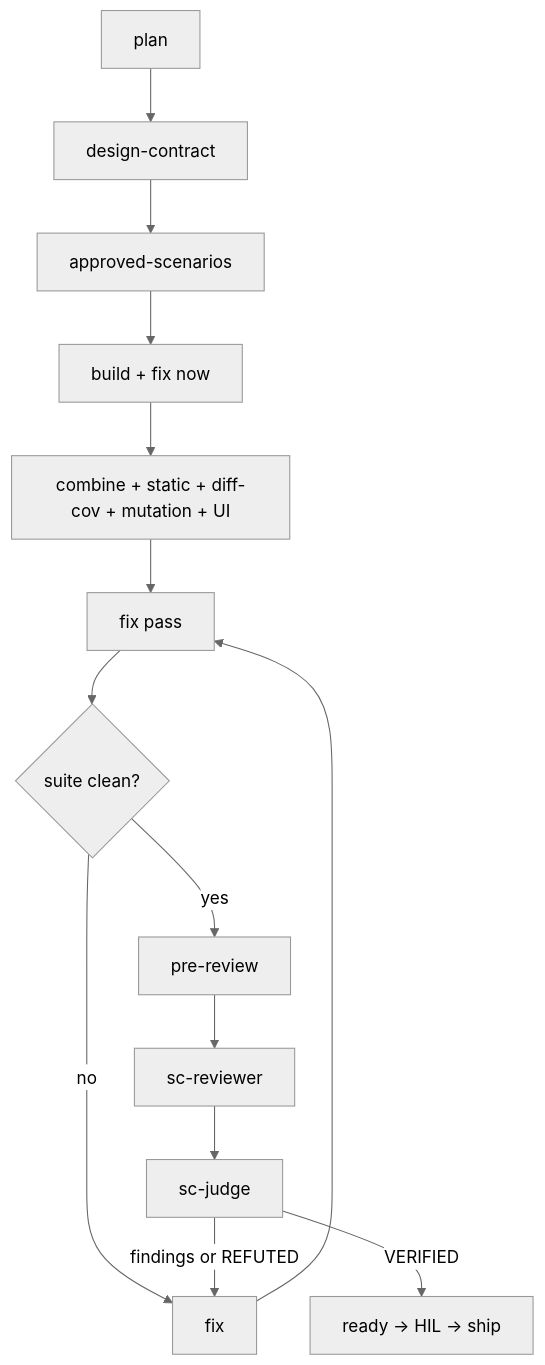
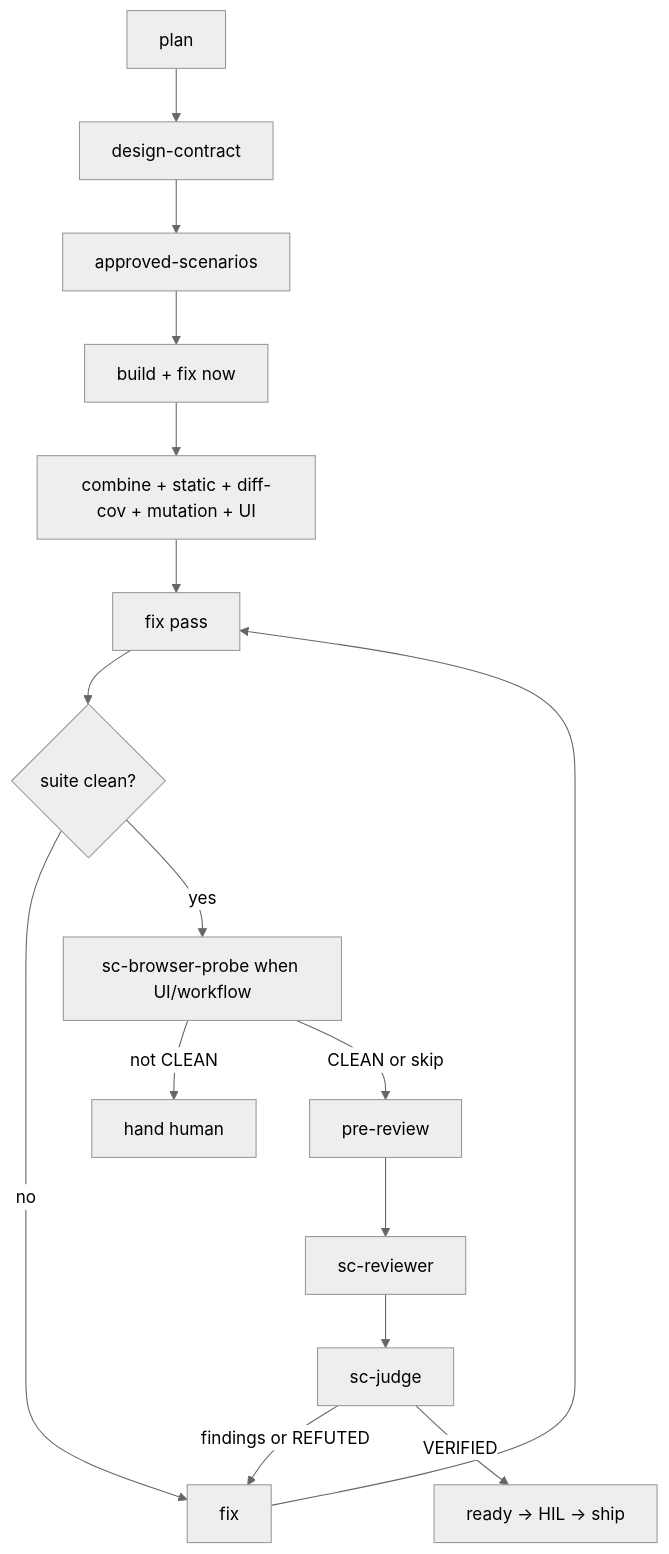
One commit to xiivthx/spacecraft changed the diagram in .cursor/skills/sc-run/SKILL.md. Above: the diagram before and after it, drawn with Mermaid (neutral theme). The commit also changed other lines of this file and 9 other files, not shown here.

First line of the commit message:
feat: afk browser-probe find-fix loop in sc-run

````diff
--- a/.cursor/skills/sc-run/SKILL.md
+++ b/.cursor/skills/sc-run/SKILL.md
@@ -66,16 +67,18 @@
 ```mermaid
 flowchart TD
   A["plan"] --> DC["design-contract"]
   DC --> AS["approved-scenarios"]
   AS --> B["build + fix now"]
   B --> C["combine + static + diff-cov + mutation + UI"]
   C --> D["fix pass"]
   D --> E{"suite clean?"}
   E -->|no| F["fix"]
   F --> D
-  E -->|yes| P["pre-review"]
+  E -->|yes| BP["sc-browser-probe when UI/workflow"]
+  BP -->|not CLEAN| H["hand human"]
+  BP -->|CLEAN or skip| P["pre-review"]
   P --> R["sc-reviewer"]
   R --> J["sc-judge"]
   J -->|findings or REFUTED| F
   J -->|VERIFIED| K["ready → HIL → ship"]
 ```
````
